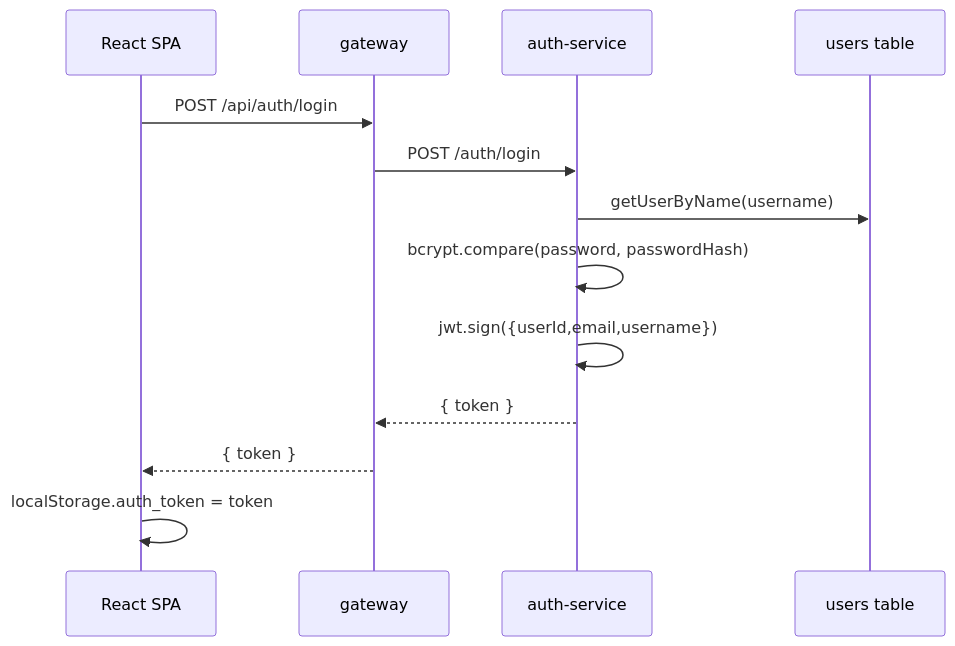
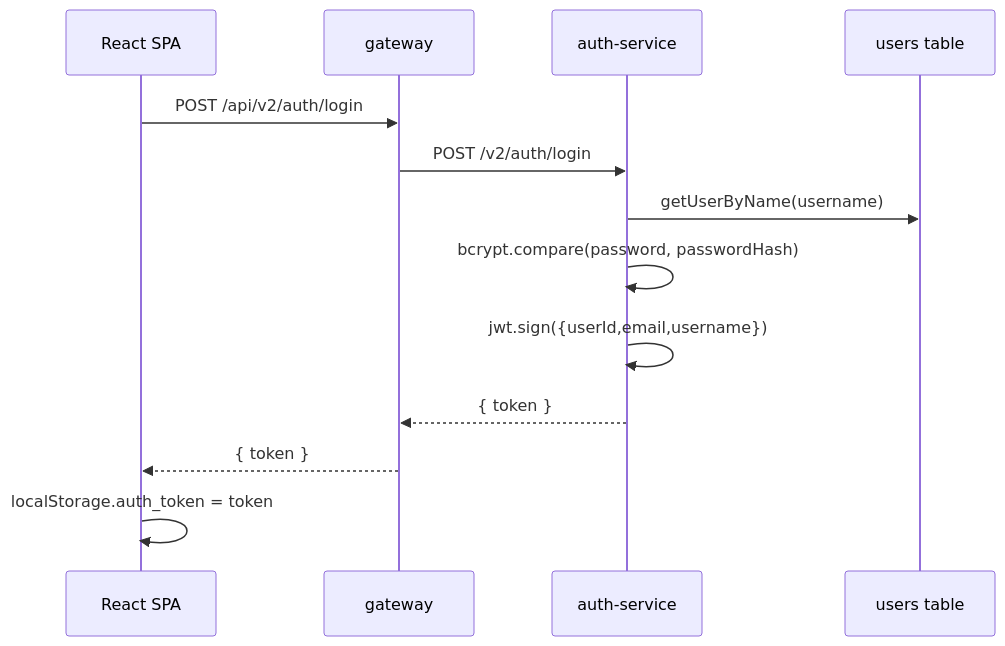
Before and after one commit to Tres7/projet-archi-to-do-list: the second of 5 diagrams in docs/technical/architecture.md, drawn with Mermaid. The commit also changed other lines of this file and 13 other files, not shown here.

````diff
--- a/docs/technical/architecture.md
+++ b/docs/technical/architecture.md
@@ -262,16 +274,16 @@
 ```mermaid
 sequenceDiagram
     participant UI as React SPA
     participant GW as gateway
     participant AUTH as auth-service
     participant DB as users table
 
-    UI->>GW: POST /api/auth/login
-    GW->>AUTH: POST /auth/login
+    UI->>GW: POST /api/v2/auth/login
+    GW->>AUTH: POST /v2/auth/login
     AUTH->>DB: getUserByName(username)
     AUTH->>AUTH: bcrypt.compare(password, passwordHash)
     AUTH->>AUTH: jwt.sign({userId,email,username})
     AUTH-->>GW: { token }
     GW-->>UI: { token }
     UI->>UI: localStorage.auth_token = token
 ```
````
